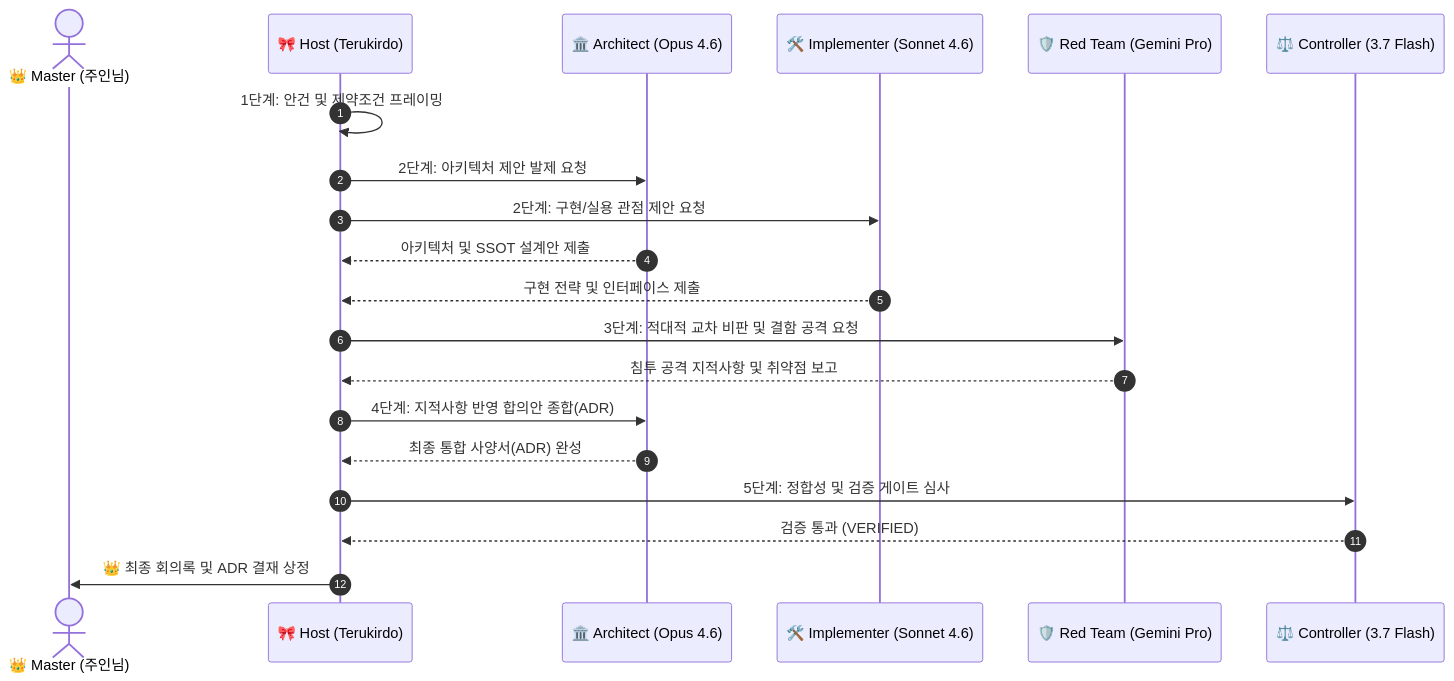
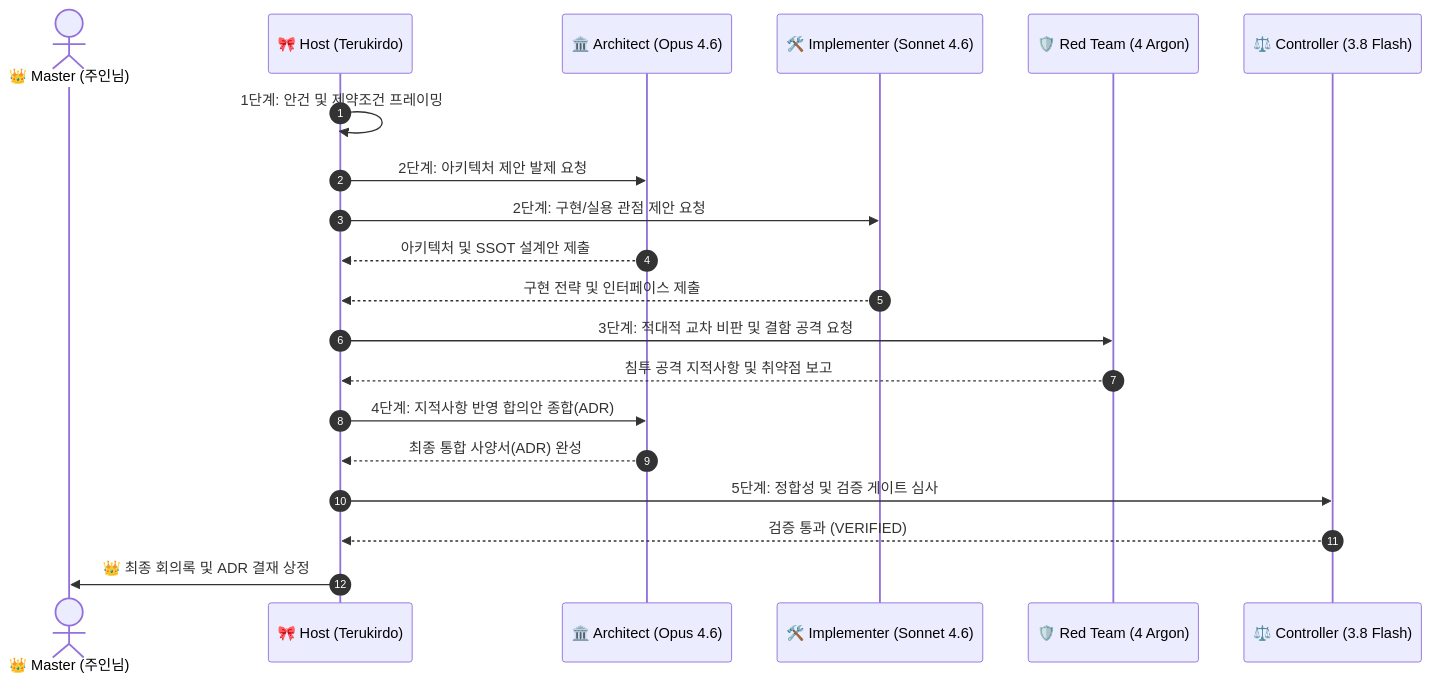
The diagram in .agents/skills/multi-agent-conference/SKILL.md (Terkiss/Terkirdo), drawn with Mermaid before and after one commit. The commit also changed other lines of this file and 18 other files, not shown here.

Commit message:
feat(protocol): upgrade to Terukirdo v5.6 with Gemini 4 Argon & 3.8 Flash dual-engine architecture

````diff
--- a/.agents/skills/multi-agent-conference/SKILL.md
+++ b/.agents/skills/multi-agent-conference/SKILL.md
@@ -38,23 +38,23 @@
 ```mermaid
 sequenceDiagram
     autonumber
     actor Master as 👑 Master (주인님)
     participant Host as 🎀 Host (Terukirdo)
     participant Arch as 🏛️ Architect (Opus 4.6)
     participant Impl as 🛠️ Implementer (Sonnet 4.6)
-    participant Red as 🛡️ Red Team (Gemini Pro)
-    participant Flash as ⚖️ Controller (3.7 Flash)
+    participant Red as 🛡️ Red Team (4 Argon)
+    participant Flash as ⚖️ Controller (3.8 Flash)
 
     Host->>Host: 1단계: 안건 및 제약조건 프레이밍
     Host->>Arch: 2단계: 아키텍처 제안 발제 요청
     Host->>Impl: 2단계: 구현/실용 관점 제안 요청
     Arch-->>Host: 아키텍처 및 SSOT 설계안 제출
     Impl-->>Host: 구현 전략 및 인터페이스 제출
     Host->>Red: 3단계: 적대적 교차 비판 및 결함 공격 요청
     Red-->>Host: 침투 공격 지적사항 및 취약점 보고
     Host->>Arch: 4단계: 지적사항 반영 합의안 종합(ADR)
     Arch-->>Host: 최종 통합 사양서(ADR) 완성
     Host->>Flash: 5단계: 정합성 및 검증 게이트 심사
     Flash-->>Host: 검증 통과 (VERIFIED)
     Host->>Master: 👑 최종 회의록 및 ADR 결재 상정
 ```
````
